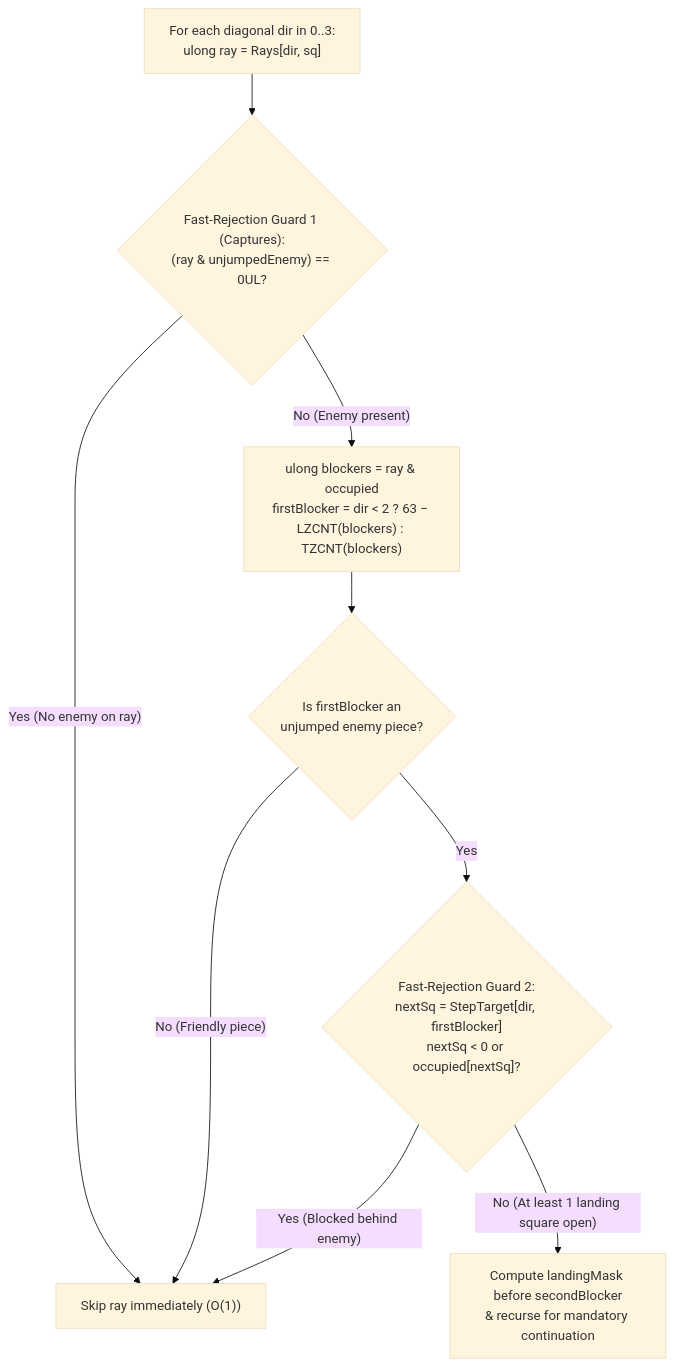
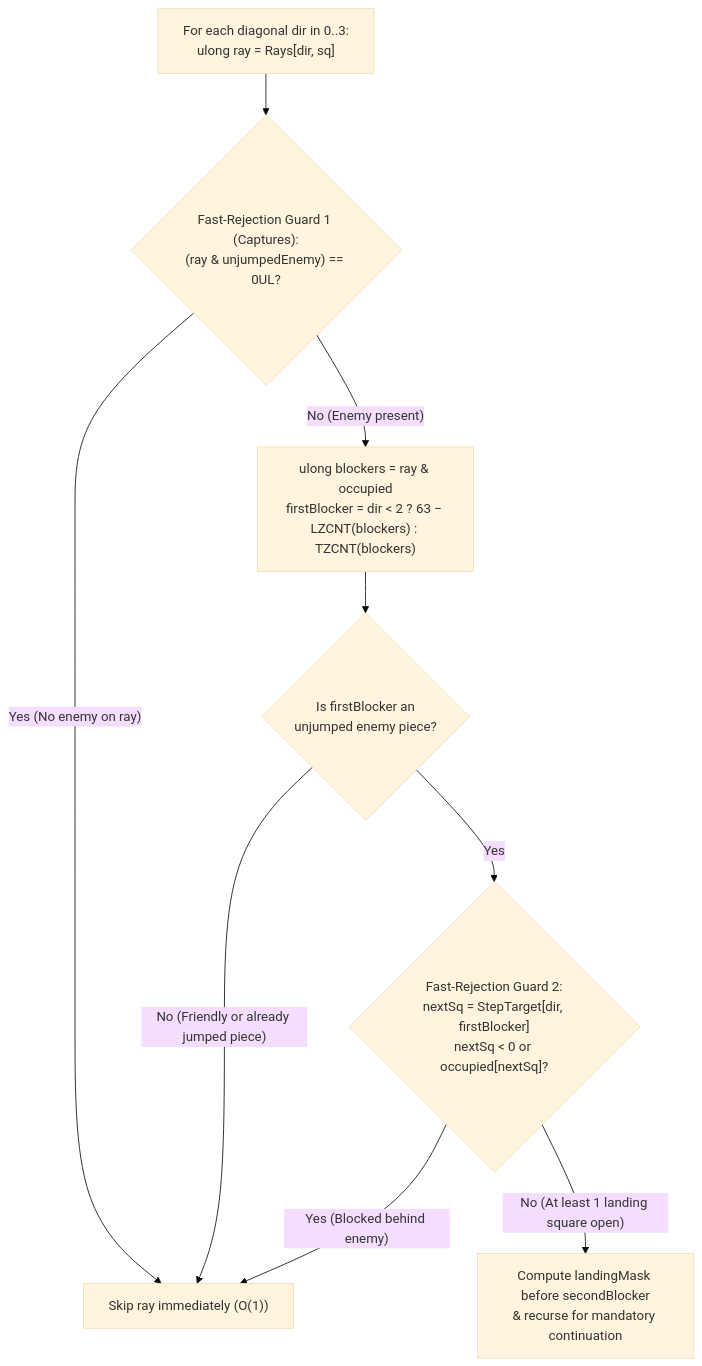
The first of 2 diagrams in docs/brain/11-bitboards.md (cjp-dev/Checkers), drawn with Mermaid (base theme) before and after one commit. The commit also changed 21 other files, not shown here.

````diff
--- a/docs/brain/11-bitboards.md
+++ b/docs/brain/11-bitboards.md
@@ -113,11 +113,11 @@
 ```mermaid
 flowchart TD
     RayStart["For each diagonal dir in 0..3:<br/>ulong ray = Rays[dir, sq]"] --> Guard1{"Fast-Rejection Guard 1 (Captures):<br/>(ray &amp; unjumpedEnemy) == 0UL?"}
     Guard1 -- "Yes (No enemy on ray)" --> Skip["Skip ray immediately (O(1))"]
-    Guard1 -- "No (Enemy present)" --> Blockers["ulong blockers = ray &amp; occupied<br/>firstBlocker = dir < 2 ? 63 − LZCNT(blockers) : TZCNT(blockers)"]
+    Guard1 -- "No (Enemy present)" --> Blockers["ulong blockers = ray &amp; occupied<br/>firstBlocker = dir &lt; 2 ? 63 − LZCNT(blockers) : TZCNT(blockers)"]
     Blockers --> IsEnemy{"Is firstBlocker an<br/>unjumped enemy piece?"}
-    IsEnemy -- "No (Friendly piece)" --> Skip
-    IsEnemy -- "Yes" --> Guard2{"Fast-Rejection Guard 2:<br/>nextSq = StepTarget[dir, firstBlocker]<br/>nextSq < 0 or occupied[nextSq]?"}
+    IsEnemy -- "No (Friendly or already jumped piece)" --> Skip
+    IsEnemy -- "Yes" --> Guard2{"Fast-Rejection Guard 2:<br/>nextSq = StepTarget[dir, firstBlocker]<br/>nextSq &lt; 0 or occupied[nextSq]?"}
     Guard2 -- "Yes (Blocked behind enemy)" --> Skip
     Guard2 -- "No (At least 1 landing square open)" --> LandMask["Compute landingMask before secondBlocker<br/>&amp; recurse for mandatory continuation"]
 ```
````
